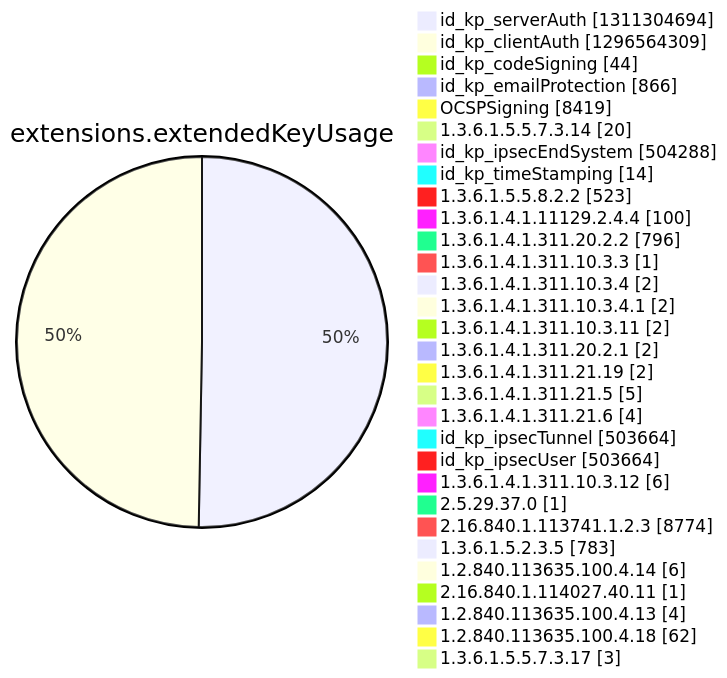
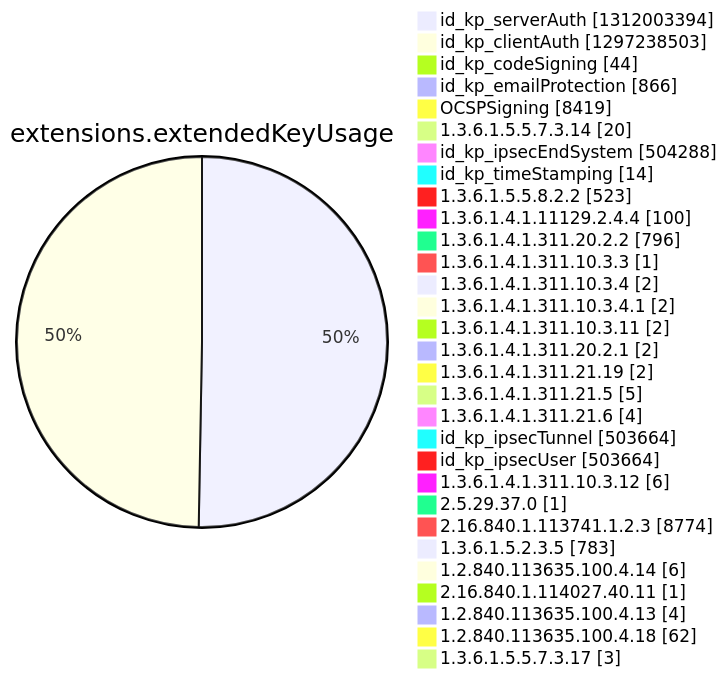
Diagram 12 of 15 in argon2022/README.md (christiankrug/ctmonitor_visualization), drawn with Mermaid before and after one commit. The commit also changed other lines of this file, not shown here.

````diff
--- a/argon2022/README.md
+++ b/argon2022/README.md
@@ -3552,34 +3552,34 @@
 ```mermaid
 pie showData
 title extensions.extendedKeyUsage
-"id_kp_serverAuth" :1311304694
-"id_kp_clientAuth" :1296564309
+"id_kp_serverAuth" :1312003394
+"id_kp_clientAuth" :1297238503
 "id_kp_codeSigning" :44
 "id_kp_emailProtection" :866
 "OCSPSigning" :8419
 "1.3.6.1.5.5.7.3.14" :20
 "id_kp_ipsecEndSystem" :504288
 "id_kp_timeStamping" :14
 "1.3.6.1.5.5.8.2.2" :523
 "1.3.6.1.4.1.11129.2.4.4" :100
 "1.3.6.1.4.1.311.20.2.2" :796
 "1.3.6.1.4.1.311.10.3.3" :1
 "1.3.6.1.4.1.311.10.3.4" :2
 "1.3.6.1.4.1.311.10.3.4.1" :2
 "1.3.6.1.4.1.311.10.3.11" :2
 "1.3.6.1.4.1.311.20.2.1" :2
 "1.3.6.1.4.1.311.21.19" :2
 "1.3.6.1.4.1.311.21.5" :5
 "1.3.6.1.4.1.311.21.6" :4
 "id_kp_ipsecTunnel" :503664
 "id_kp_ipsecUser" :503664
 "1.3.6.1.4.1.311.10.3.12" :6
 "2.5.29.37.0" :1
 "2.16.840.1.113741.1.2.3" :8774
 "1.3.6.1.5.2.3.5" :783
 "1.2.840.113635.100.4.14" :6
 "2.16.840.1.114027.40.11" :1
 "1.2.840.113635.100.4.13" :4
 "1.2.840.113635.100.4.18" :62
 "1.3.6.1.5.5.7.3.17" :3
 ```
````
